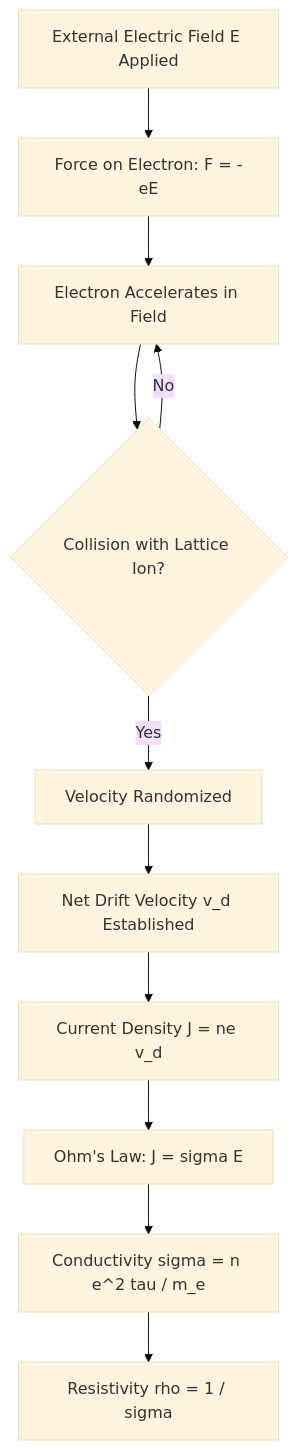
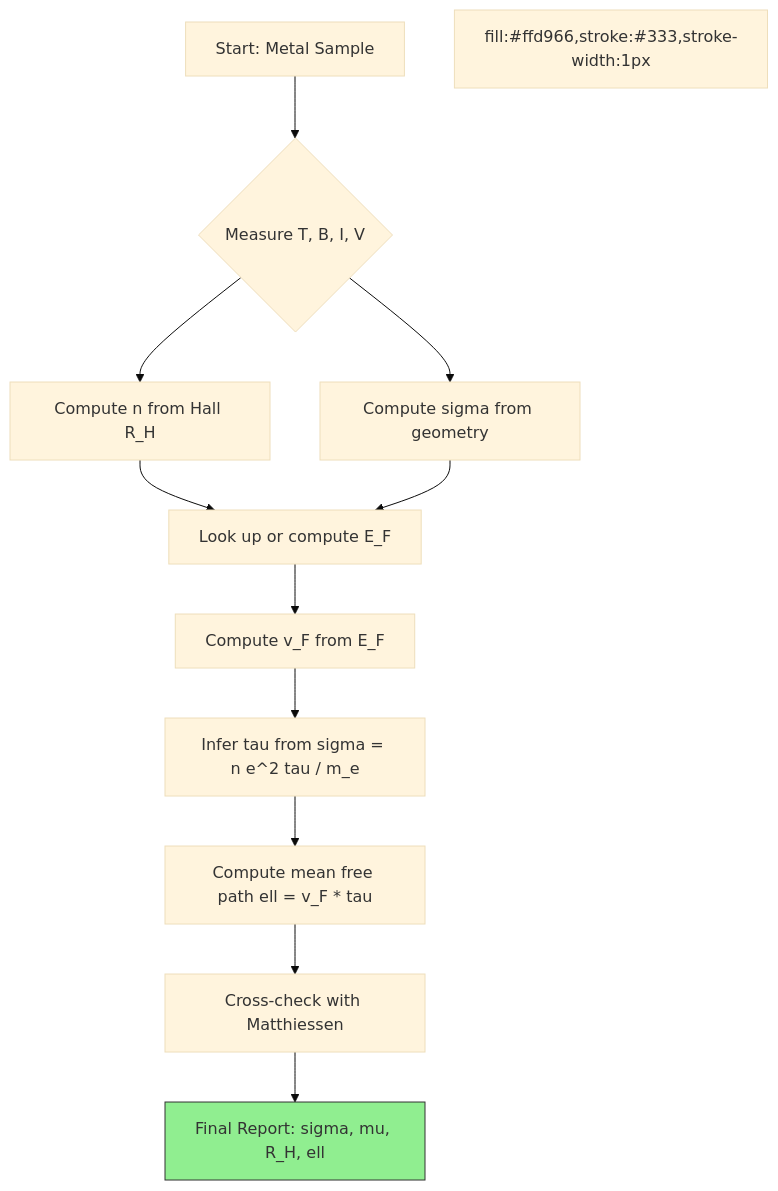
One commit to vishnuu-kr/ktunode changed the first of 5 diagrams in public/notes/computer-science-and-engineering/semester-1/gapht121-physics-for-information-science/01-module-1-electrical-conductivity/electrical-conductivity-in-metals/notes.md. Above: the diagram before and after it, drawn with Mermaid (base theme). The commit also changed other lines of this file and 4829 other files, not shown here.

````diff
--- a/public/notes/computer-science-and-engineering/semester-1/gapht121-physics-for-information-science/01-module-1-electrical-conductivity/electrical-conductivity-in-metals/notes.md
+++ b/public/notes/computer-science-and-engineering/semester-1/gapht121-physics-for-information-science/01-module-1-electrical-conductivity/electrical-conductivity-in-metals/notes.md
@@ -516,13 +527,15 @@
 ```mermaid
 flowchart TD
-    A[External Electric Field E Applied] --> B[Force on Electron: F = -eE]
-    B --> C[Electron Accelerates in Field]
-    C --> D{Collision with Lattice Ion?}
-    D -- Yes --> E[Velocity Randomized]
-    D -- No --> C
-    E --> F[Net Drift Velocity v_d Established]
-    F --> G[Current Density J = ne v_d]
-    G --> H[Ohm's Law: J = sigma E]
-    H --> I[Conductivity sigma = n e^2 tau / m_e]
-    I --> J[Resistivity rho = 1 / sigma]
+    A0[Start: Metal Sample] --> B0{Measure T, B, I, V}
+    B0 --> C0[Compute n from Hall R_H]
+    B0 --> D0[Compute sigma from geometry]
+    C0 --> E0[Look up or compute E_F]
+    D0 --> E0
+    E0 --> F0[Compute v_F from E_F]
+    F0 --> G0[Infer tau from sigma = n e^2 tau / m_e]
+    G0 --> H0[Compute mean free path ell = v_F * tau]
+    H0 --> I0[Cross-check with Matthiessen]
+    I0 --> J0[Final Report: sigma, mu, R_H, ell]
+    styleA0[fill:#ffd966,stroke:#333,stroke-width:1px]
+    style J0 fill:#90ee90,stroke:#333,stroke-width:1px
 ```
````
